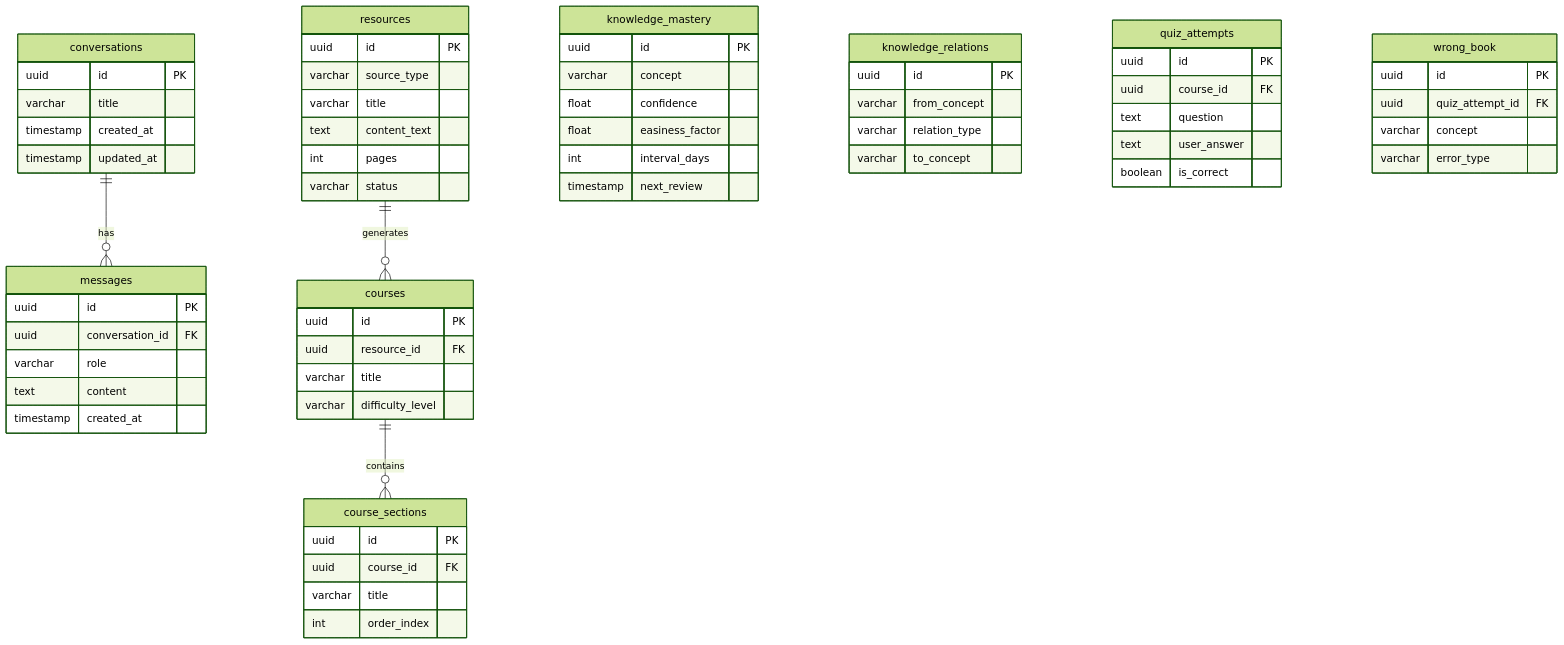
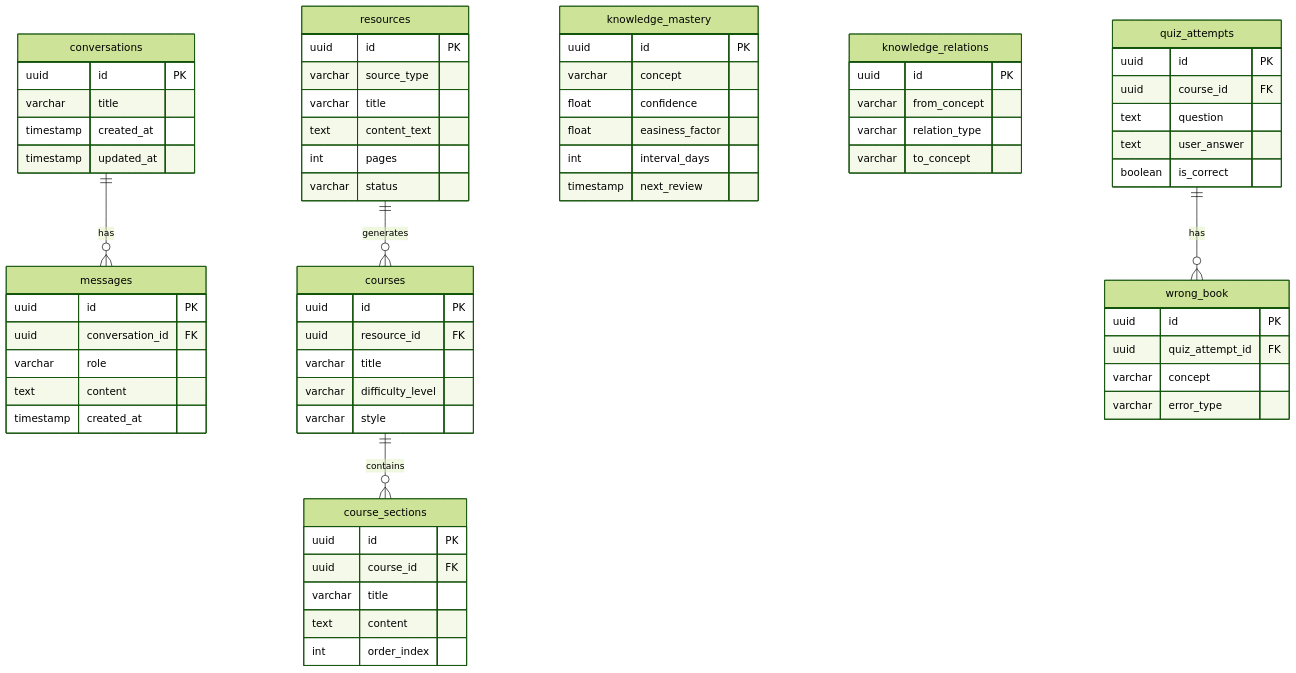
Before and after one commit to nothasson/MindFlow: the sixth of 6 diagrams in README.md, drawn with Mermaid (forest theme). The commit also changed other lines of this file and 7 other files, not shown here.

````diff
--- a/README.md
+++ b/README.md
@@ -247,66 +243,69 @@
 ```mermaid
 erDiagram
     conversations ||--o{ messages : has
     conversations {
         uuid id PK
         varchar title
         timestamp created_at
         timestamp updated_at
     }
     messages {
         uuid id PK
         uuid conversation_id FK
         varchar role
         text content
         timestamp created_at
     }
     resources ||--o{ courses : generates
     resources {
         uuid id PK
         varchar source_type
         varchar title
         text content_text
         int pages
         varchar status
     }
     courses ||--o{ course_sections : contains
     courses {
         uuid id PK
         uuid resource_id FK
         varchar title
         varchar difficulty_level
+        varchar style
     }
     course_sections {
         uuid id PK
         uuid course_id FK
         varchar title
+        text content
         int order_index
     }
     knowledge_mastery {
         uuid id PK
         varchar concept
         float confidence
         float easiness_factor
         int interval_days
         timestamp next_review
     }
     knowledge_relations {
         uuid id PK
         varchar from_concept
         varchar relation_type
         varchar to_concept
     }
+    quiz_attempts ||--o{ wrong_book : has
     quiz_attempts {
         uuid id PK
         uuid course_id FK
         text question
         text user_answer
         boolean is_correct
     }
     wrong_book {
         uuid id PK
         uuid quiz_attempt_id FK
         varchar concept
         varchar error_type
     }
 ```
````
